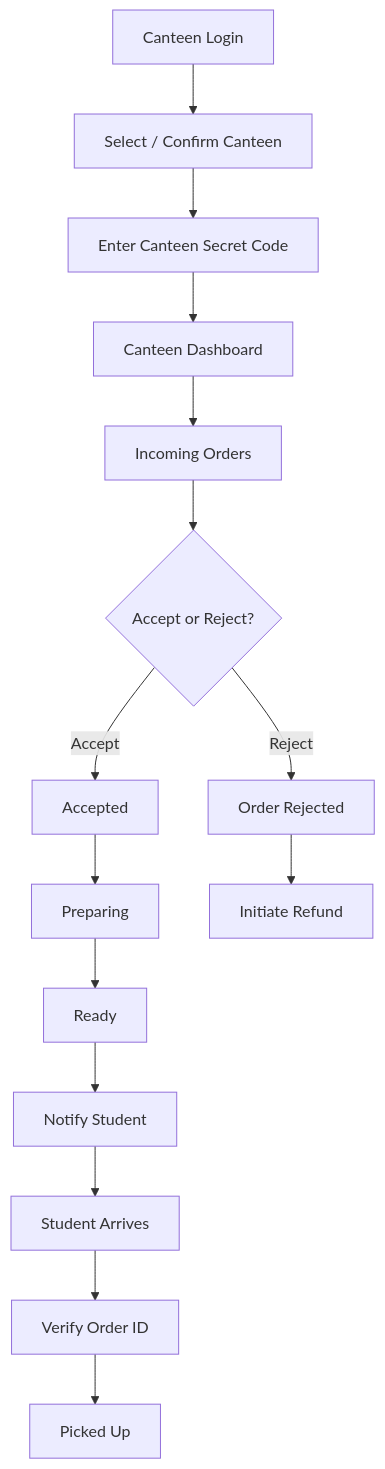
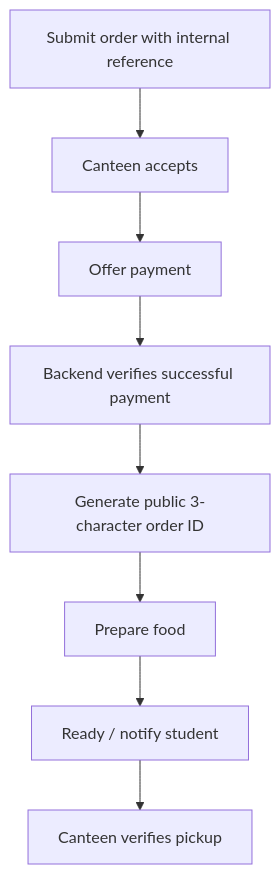
One commit to muskann9031-debug/Build_BV changed the third of 3 diagrams in architecture.md. Above: the diagram before and after it, drawn with Mermaid. The commit also changed other lines of this file and 26 other files, not shown here.

Commit message:
Updated system architecture to reflect implemented features, including authentication and order management.

````diff
--- a/architecture.md
+++ b/architecture.md
@@ -50,17 +154,10 @@
-``` mermaid
+```mermaid
 flowchart TD
-    A[Canteen Login] --> B[Select / Confirm Canteen]
-    B --> C[Enter Canteen Secret Code]
-    C --> D[Canteen Dashboard]
-    D --> E[Incoming Orders]
-    E --> F{Accept or Reject?}
-    F -->|Accept| G[Accepted]
-    G --> H[Preparing]
-    H --> I[Ready]
-    I --> J[Notify Student]
-    J --> K[Student Arrives]
-    K --> L[Verify Order ID]
-    L --> M[Picked Up]
-    F -->|Reject| N[Order Rejected]
-    N --> O[Initiate Refund]
+    A[Submit order with internal reference] --> B[Canteen accepts]
+    B --> C[Offer payment]
+    C --> D[Backend verifies successful payment]
+    D --> E[Generate public 3-character order ID]
+    E --> F[Prepare food]
+    F --> G[Ready / notify student]
+    G --> H[Canteen verifies pickup]
 ```
````
